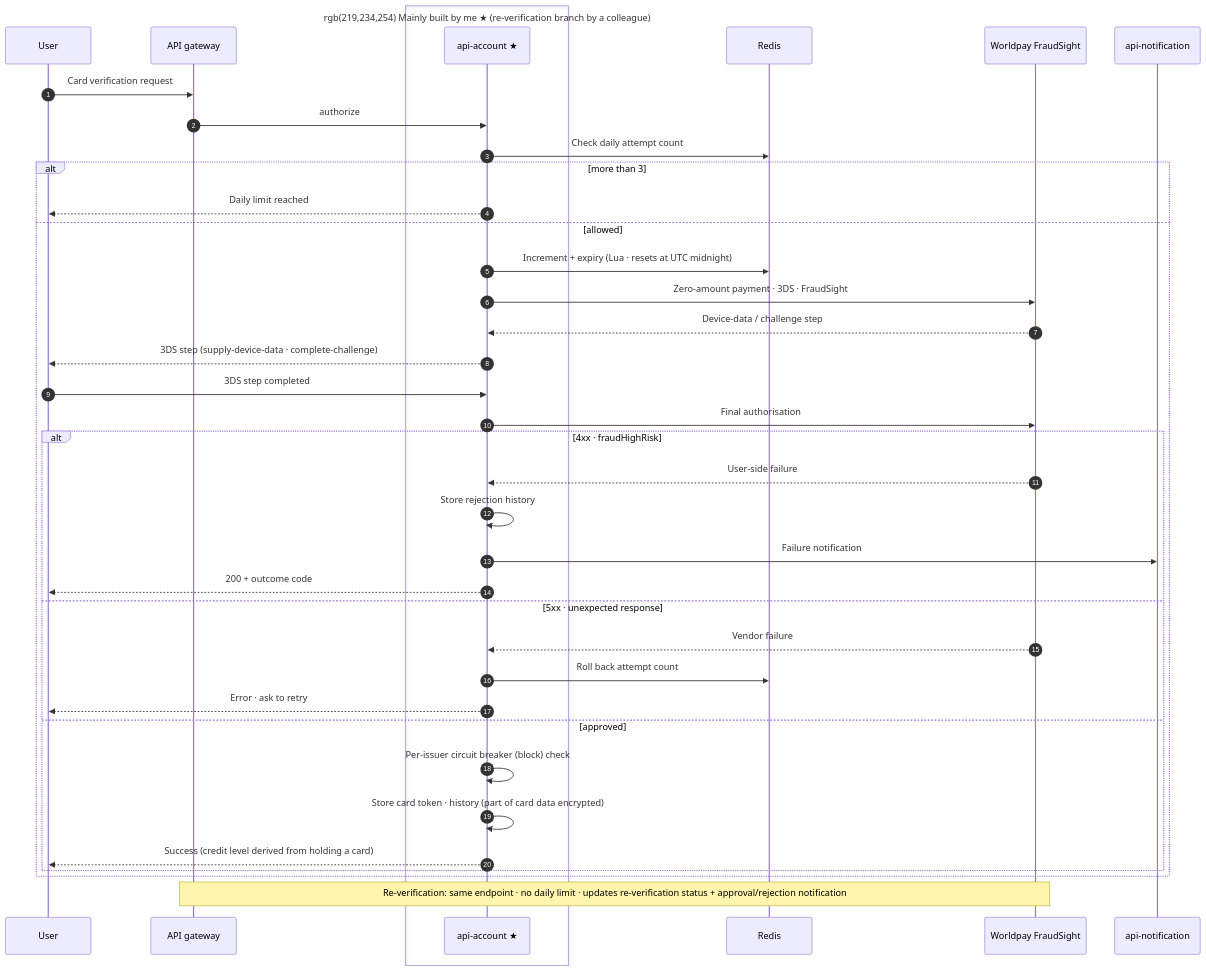
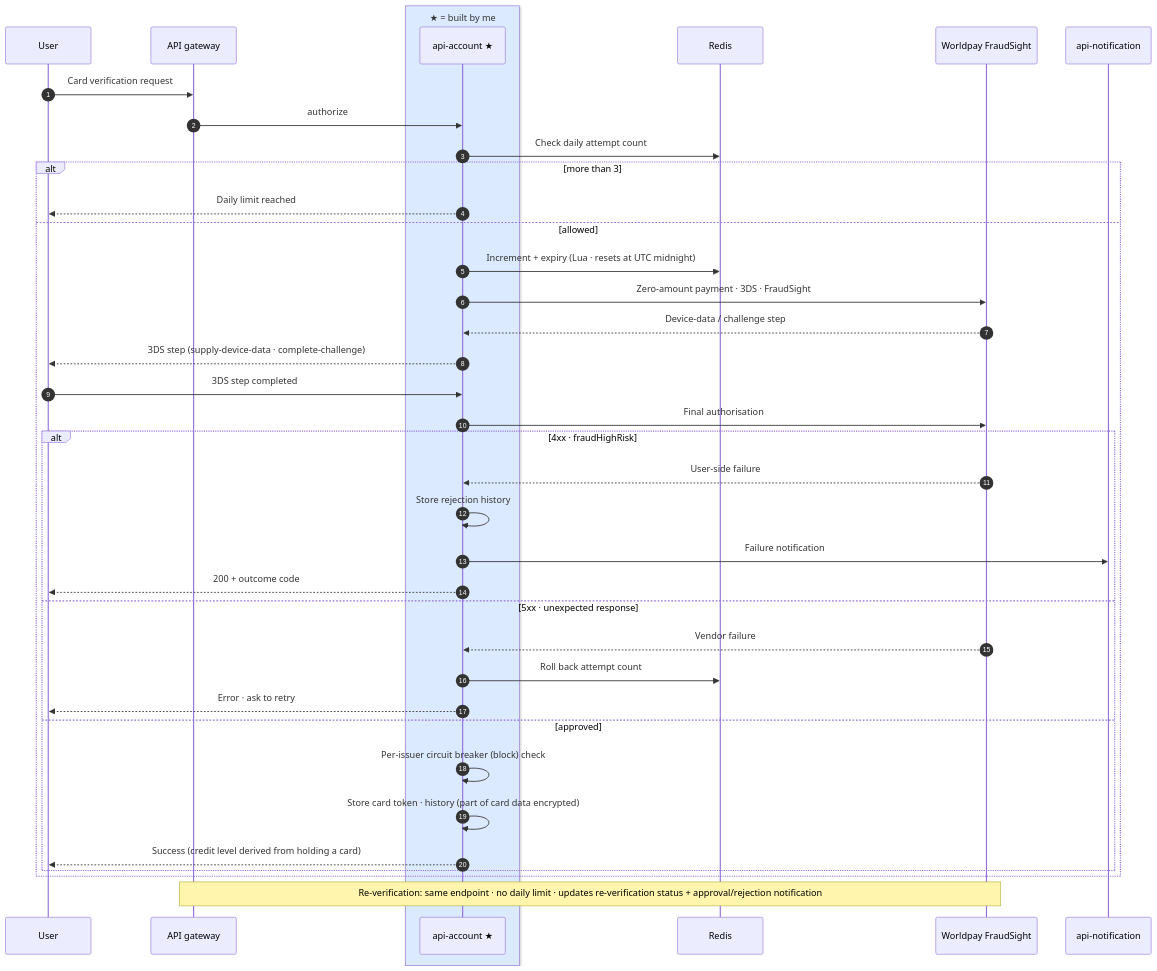
Before and after one commit to shalwxy/career: the diagram in content/diagrams/creditcard.en.mmd, drawn with Mermaid. The commit also changed 15 other files, not shown here.

```diff
--- a/content/diagrams/creditcard.en.mmd
+++ b/content/diagrams/creditcard.en.mmd
@@ -1,39 +1,39 @@
 %% title: Card verification · re-verification — Worldpay 3DS
 sequenceDiagram
     autonumber
     participant U as User
     participant GW as API gateway
-    box rgb(219,234,254) Mainly built by me ★ (re-verification branch by a colleague)
+    box rgb(219,234,254) ★ = built by me
     participant A as api-account ★
     end
     participant R as Redis
     participant W as Worldpay FraudSight
     participant N as api-notification
     U->>GW: Card verification request
     GW->>A: authorize
     A->>R: Check daily attempt count
     alt more than 3
         A-->>U: Daily limit reached
     else allowed
         A->>R: Increment + expiry (Lua · resets at UTC midnight)
         A->>W: Zero-amount payment · 3DS · FraudSight
         W-->>A: Device-data / challenge step
         A-->>U: 3DS step (supply-device-data · complete-challenge)
         U->>A: 3DS step completed
         A->>W: Final authorisation
         alt 4xx · fraudHighRisk
             W-->>A: User-side failure
             A->>A: Store rejection history
             A->>N: Failure notification
             A-->>U: 200 + outcome code
         else 5xx · unexpected response
             W-->>A: Vendor failure
             A->>R: Roll back attempt count
             A-->>U: Error · ask to retry
         else approved
             A->>A: Per-issuer circuit breaker (block) check
             A->>A: Store card token · history (part of card data encrypted)
             A-->>U: Success (credit level derived from holding a card)
         end
     end
     note over GW,W: Re-verification: same endpoint · no daily limit · updates re-verification status + approval/rejection notification
```
